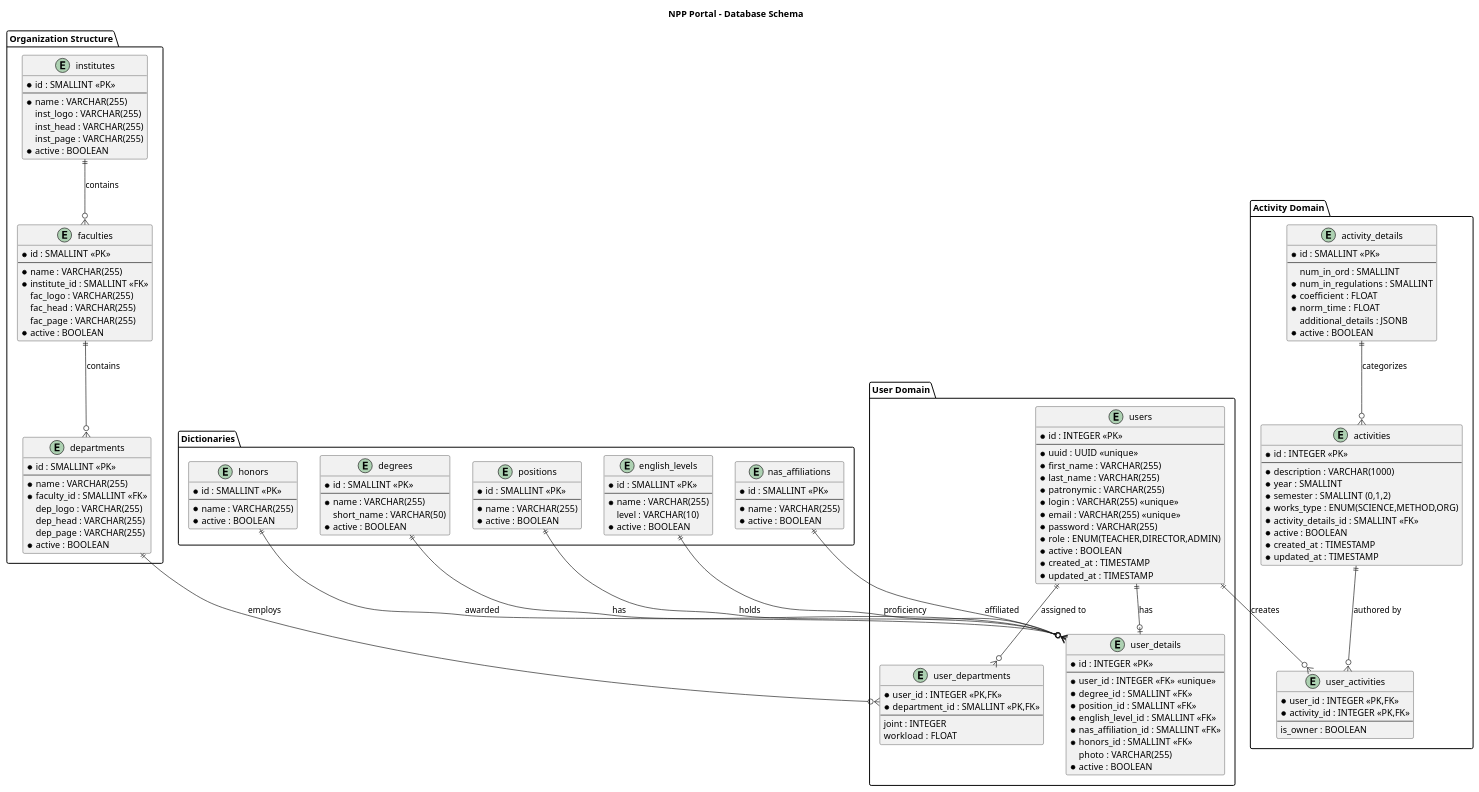
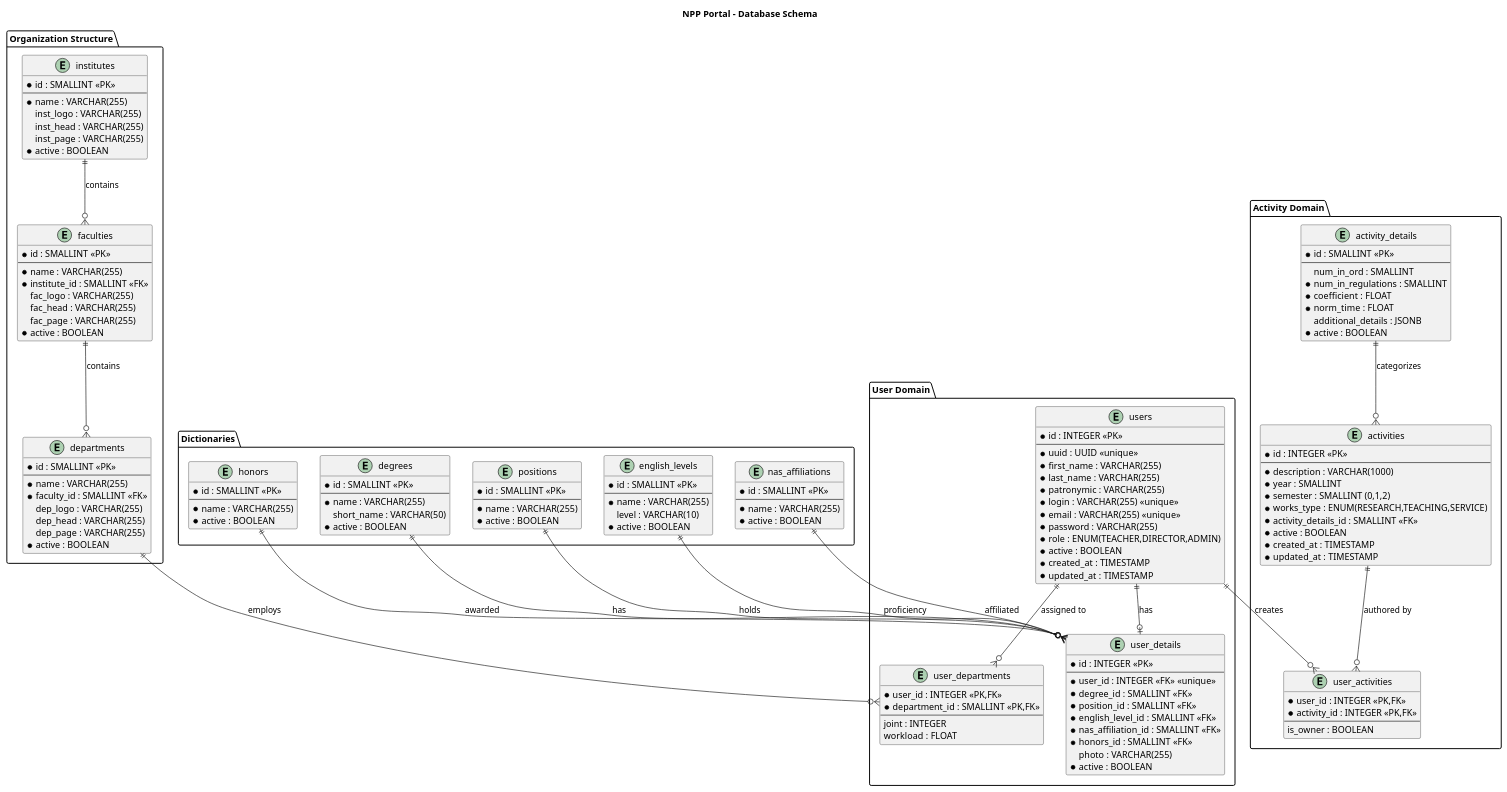
The diagram in apps/docs/diagrams/architecture/digital-university/erd/main-schema.puml (ChernihivPolytechnicNationalUniversity/hyperion-docs), drawn with PlantUML before and after one commit. The commit also changed 4 other files, not shown here.

First line of the commit message:
docs: update WorksType enum to RESEARCH, TEACHING, SERVICE

```diff
--- a/apps/docs/diagrams/architecture/digital-university/erd/main-schema.puml
+++ b/apps/docs/diagrams/architecture/digital-university/erd/main-schema.puml
@@ -1,176 +1,176 @@
 @startuml
 title NPP Portal - Database Schema
 
 ' === USER DOMAIN ===
 package "User Domain" {
   entity users {
     * id : INTEGER <<PK>>
     --
     * uuid : UUID <<unique>>
     * first_name : VARCHAR(255)
     * last_name : VARCHAR(255)
     * patronymic : VARCHAR(255)
     * login : VARCHAR(255) <<unique>>
     * email : VARCHAR(255) <<unique>>
     * password : VARCHAR(255)
     * role : ENUM(TEACHER,DIRECTOR,ADMIN)
     * active : BOOLEAN
     * created_at : TIMESTAMP
     * updated_at : TIMESTAMP
   }
 
   entity user_details {
     * id : INTEGER <<PK>>
     --
     * user_id : INTEGER <<FK>> <<unique>>
     * degree_id : SMALLINT <<FK>>
     * position_id : SMALLINT <<FK>>
     * english_level_id : SMALLINT <<FK>>
     * nas_affiliation_id : SMALLINT <<FK>>
     * honors_id : SMALLINT <<FK>>
     photo : VARCHAR(255)
     * active : BOOLEAN
   }
 
   entity user_departments {
     * user_id : INTEGER <<PK,FK>>
     * department_id : SMALLINT <<PK,FK>>
     --
     joint : INTEGER
     workload : FLOAT
   }
 }
 
 ' === ORGANIZATION STRUCTURE ===
 package "Organization Structure" {
   entity institutes {
     * id : SMALLINT <<PK>>
     --
     * name : VARCHAR(255)
     inst_logo : VARCHAR(255)
     inst_head : VARCHAR(255)
     inst_page : VARCHAR(255)
     * active : BOOLEAN
   }
 
   entity faculties {
     * id : SMALLINT <<PK>>
     --
     * name : VARCHAR(255)
     * institute_id : SMALLINT <<FK>>
     fac_logo : VARCHAR(255)
     fac_head : VARCHAR(255)
     fac_page : VARCHAR(255)
     * active : BOOLEAN
   }
 
   entity departments {
     * id : SMALLINT <<PK>>
     --
     * name : VARCHAR(255)
     * faculty_id : SMALLINT <<FK>>
     dep_logo : VARCHAR(255)
     dep_head : VARCHAR(255)
     dep_page : VARCHAR(255)
     * active : BOOLEAN
   }
 }
 
 ' === ACTIVITY DOMAIN ===
 package "Activity Domain" {
   entity activities {
     * id : INTEGER <<PK>>
     --
     * description : VARCHAR(1000)
     * year : SMALLINT
     * semester : SMALLINT (0,1,2)
-    * works_type : ENUM(SCIENCE,METHOD,ORG)
+    * works_type : ENUM(RESEARCH,TEACHING,SERVICE)
     * activity_details_id : SMALLINT <<FK>>
     * active : BOOLEAN
     * created_at : TIMESTAMP
     * updated_at : TIMESTAMP
   }
 
   entity activity_details {
     * id : SMALLINT <<PK>>
     --
     num_in_ord : SMALLINT
     * num_in_regulations : SMALLINT
     * coefficient : FLOAT
     * norm_time : FLOAT
     additional_details : JSONB
     * active : BOOLEAN
   }
 
   entity user_activities {
     * user_id : INTEGER <<PK,FK>>
     * activity_id : INTEGER <<PK,FK>>
     --
     is_owner : BOOLEAN
   }
 }
 
 ' === DICTIONARIES ===
 package "Dictionaries" {
   entity degrees {
     * id : SMALLINT <<PK>>
     --
     * name : VARCHAR(255)
     short_name : VARCHAR(50)
     * active : BOOLEAN
   }
 
   entity positions {
     * id : SMALLINT <<PK>>
     --
     * name : VARCHAR(255)
     * active : BOOLEAN
   }
 
   entity english_levels {
     * id : SMALLINT <<PK>>
     --
     * name : VARCHAR(255)
     level : VARCHAR(10)
     * active : BOOLEAN
   }
 
   entity nas_affiliations {
     * id : SMALLINT <<PK>>
     --
     * name : VARCHAR(255)
     * active : BOOLEAN
   }
 
   entity honors {
     * id : SMALLINT <<PK>>
     --
     * name : VARCHAR(255)
     * active : BOOLEAN
   }
 }
 
 ' === RELATIONSHIPS ===
 
 ' User relationships
 users ||--o| user_details : "has"
 users ||--o{ user_departments : "assigned to"
 users ||--o{ user_activities : "creates"
 
 ' Organization hierarchy
 institutes ||--o{ faculties : "contains"
 faculties ||--o{ departments : "contains"
 departments ||--o{ user_departments : "employs"
 
 ' Activity relationships
 activities ||--o{ user_activities : "authored by"
 activity_details ||--o{ activities : "categorizes"
 
 ' Dictionary relationships
 degrees ||--o{ user_details : "has"
 positions ||--o{ user_details : "holds"
 english_levels ||--o{ user_details : "proficiency"
 nas_affiliations ||--o{ user_details : "affiliated"
 honors ||--o{ user_details : "awarded"
 
 @enduml
```
